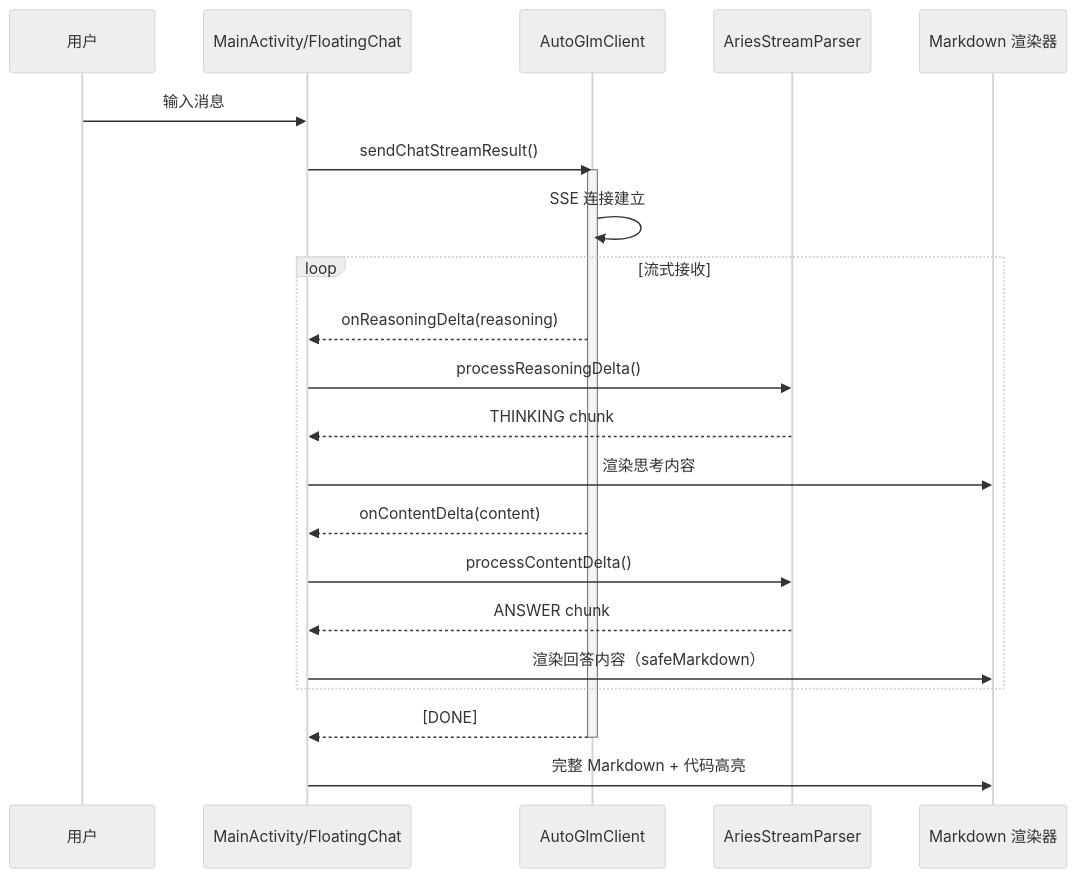
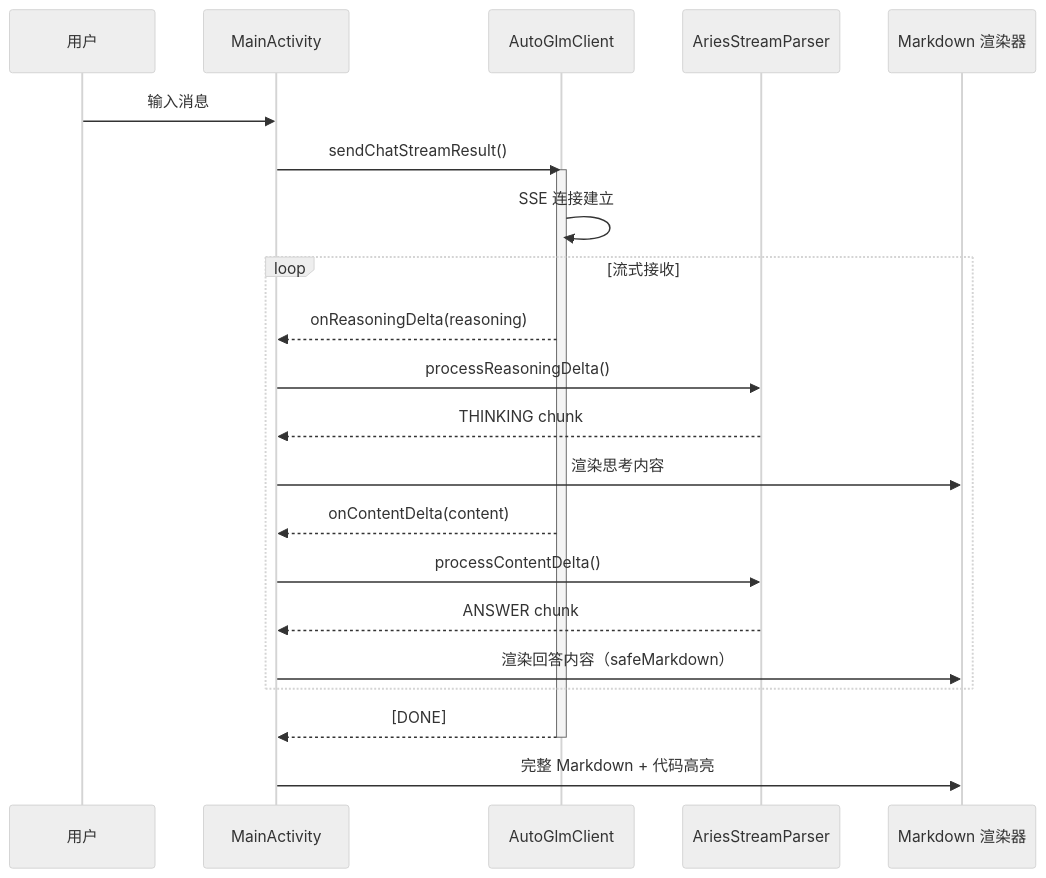
The second of 10 diagrams in Aries-site/docs/技术架构/数据流与核心链路.md (ZG0704666/Aries-AI), drawn with Mermaid (neutral theme) before and after one commit. The commit also changed other lines of this file and 45 other files, not shown here.

````diff
--- a/Aries-site/docs/技术架构/数据流与核心链路.md
+++ b/Aries-site/docs/技术架构/数据流与核心链路.md
@@ -90,29 +88,29 @@
 ```mermaid
 sequenceDiagram
     participant User as 用户
-    participant UI as MainActivity/FloatingChat
+    participant UI as MainActivity
     participant Client as AutoGlmClient
     participant Parser as AriesStreamParser
     participant Render as Markdown 渲染器
 
     User->>UI: 输入消息
     UI->>Client: sendChatStreamResult()
     activate Client
     Client->>Client: SSE 连接建立
 
     loop 流式接收
         Client-->>UI: onReasoningDelta(reasoning)
         UI->>Parser: processReasoningDelta()
         Parser-->>UI: THINKING chunk
         UI->>Render: 渲染思考内容
 
         Client-->>UI: onContentDelta(content)
         UI->>Parser: processContentDelta()
         Parser-->>UI: ANSWER chunk
         UI->>Render: 渲染回答内容（safeMarkdown）
     end
 
     Client-->>UI: [DONE]
     deactivate Client
     UI->>Render: 完整 Markdown + 代码高亮
 ```
````
